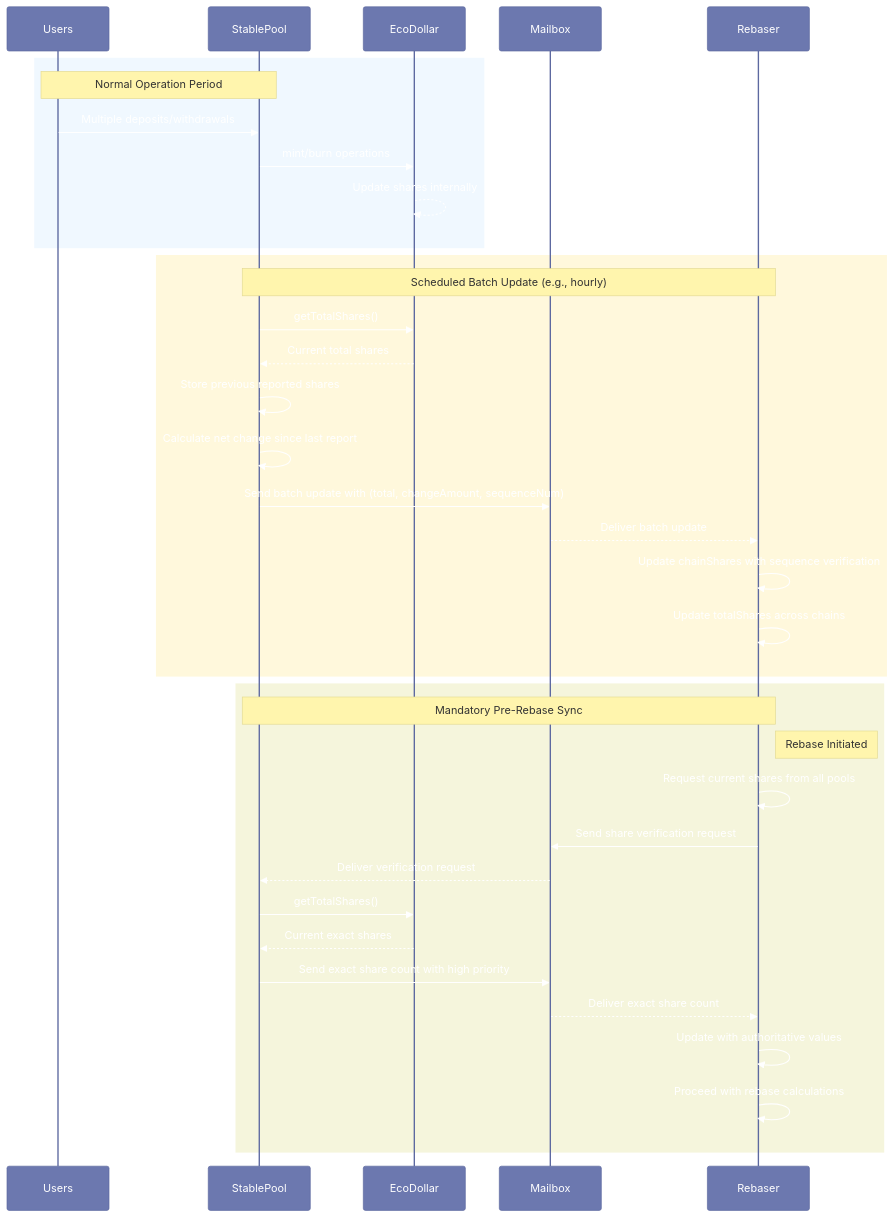
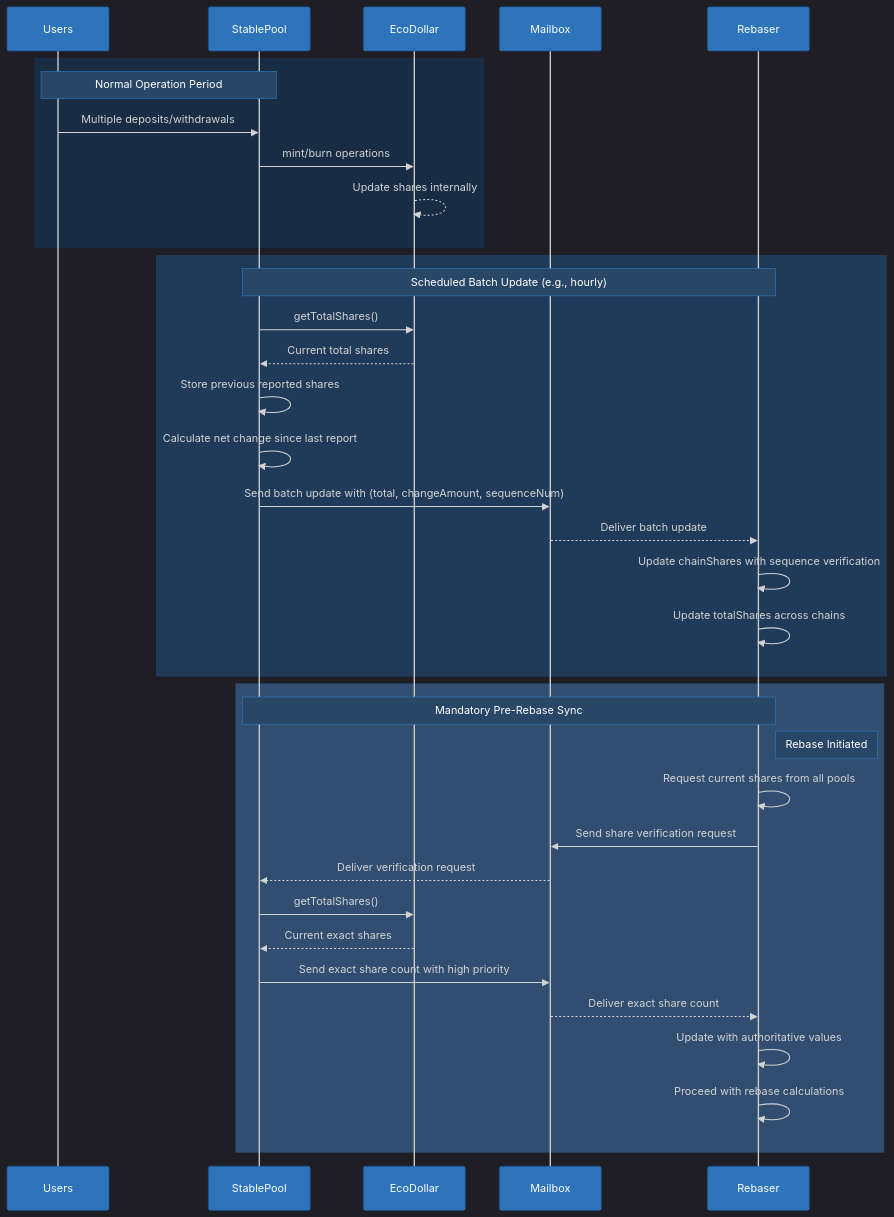
The second of 4 diagrams in plans/rebase-flow-implementation-plan.md (eco/eco-routes-internal), drawn with Mermaid before and after one commit. The commit also changed other lines of this file, not shown here.

First line of the commit message:
docs(plans): improve mermaid chart readability with dark theme

````diff
--- a/plans/rebase-flow-implementation-plan.md
+++ b/plans/rebase-flow-implementation-plan.md
@@ -230,43 +230,43 @@
 ```mermaid
-%%{init: {'theme': 'base', 'themeVariables': { 'primaryColor': '#6C78AF', 'primaryTextColor': '#fff', 'primaryBorderColor': '#5D69A0', 'lineColor': '#5D69A0', 'secondaryColor': '#D3D8F9', 'tertiaryColor': '#E7E9FC' }}}%%
+%%{init: {'theme': 'dark', 'themeVariables': { 'primaryColor': '#2D74BA', 'primaryTextColor': '#FFFFFF', 'primaryBorderColor': '#1D4E89', 'lineColor': '#5D9CEC', 'secondaryColor': '#1D2B3A', 'tertiaryColor': '#132030', 'textColor': '#FFFFFF', 'fontSize': '14px', 'fontFamily': 'Arial', 'edgeLabelBackground': '#132030', 'mainBkg': '#132030', 'clusterBkg': '#1D2B3A', 'altBackground': '#132030', 'actorBkg': '#2D74BA', 'actorBorder': '#1D4E89', 'actorTextColor': '#FFFFFF', 'noteBkgColor': '#284665', 'noteBorderColor': '#2D74BA', 'noteTextColor': '#FFFFFF' }}}%%
 
 sequenceDiagram
     participant Users
     participant StablePool
     participant EcoDollar
     participant Mailbox
     participant Rebaser
     
-    rect rgb(240, 248, 255)
+    rect rgb(24, 44, 67)
     Note over Users,StablePool: Normal Operation Period
     Users->>StablePool: Multiple deposits/withdrawals
     StablePool->>EcoDollar: mint/burn operations
     EcoDollar-->>EcoDollar: Update shares internally
     end
     
-    rect rgb(255, 248, 220)
+    rect rgb(32, 59, 89)
     Note over StablePool,Rebaser: Scheduled Batch Update (e.g., hourly)
     StablePool->>EcoDollar: getTotalShares()
     EcoDollar-->>StablePool: Current total shares
     StablePool->>StablePool: Store previous reported shares
     StablePool->>StablePool: Calculate net change since last report
     StablePool->>Mailbox: Send batch update with (total, changeAmount, sequenceNum)
     Mailbox-->>Rebaser: Deliver batch update
     Rebaser->>Rebaser: Update chainShares with sequence verification
     Rebaser->>Rebaser: Update totalShares across chains
     end
     
-    rect rgb(245, 245, 220)
+    rect rgb(49, 78, 112)
     Note over StablePool,Rebaser: Mandatory Pre-Rebase Sync
     Note right of Rebaser: Rebase Initiated
     Rebaser->>Rebaser: Request current shares from all pools
     Rebaser->>Mailbox: Send share verification request
     Mailbox-->>StablePool: Deliver verification request
     StablePool->>EcoDollar: getTotalShares()
     EcoDollar-->>StablePool: Current exact shares
     StablePool->>Mailbox: Send exact share count with high priority
     Mailbox-->>Rebaser: Deliver exact share count
     Rebaser->>Rebaser: Update with authoritative values
     Rebaser->>Rebaser: Proceed with rebase calculations
     end
 ```
````
